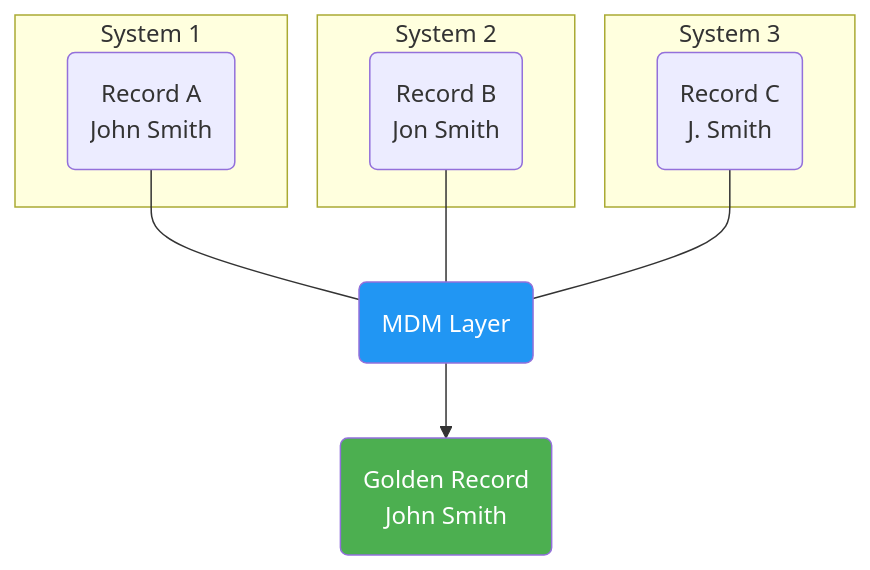
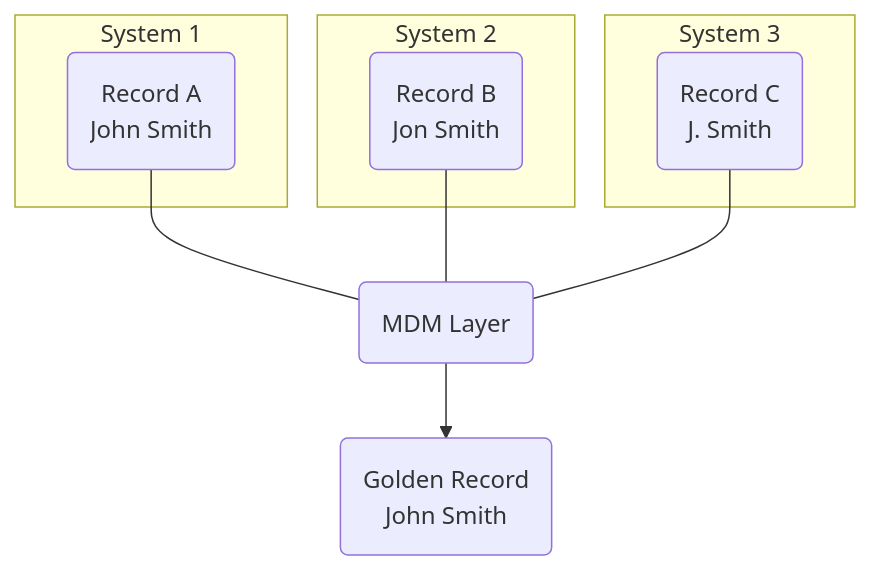
One commit to HealthSamurai/mdmbox-docs changed the third of 4 diagrams in docs/mdm-theory.md. Above: the diagram before and after it, drawn with Mermaid. The commit also changed other lines of this file and 2 other files, not shown here.

Commit message:
fix: replace inline styles with color classes in Mermaid diagrams

````diff
--- a/docs/mdm-theory.md
+++ b/docs/mdm-theory.md
@@ -83,21 +76,18 @@
 ```mermaid
 graph TB
     subgraph System 1
         A(Record A\nJohn Smith)
     end
     subgraph System 2
         B(Record B\nJon Smith)
     end
     subgraph System 3
         C(Record C\nJ. Smith)
     end
 
-    A --- MDM(MDM Layer)
+    A --- MDM(MDM Layer):::blue2
     B --- MDM
     C --- MDM
 
-    MDM --> GR(Golden Record\nJohn Smith)
-
-    style MDM fill:#2196f3,color:#fff
-    style GR fill:#4caf50,color:#fff
+    MDM --> GR(Golden Record\nJohn Smith):::green2
 ```
````
